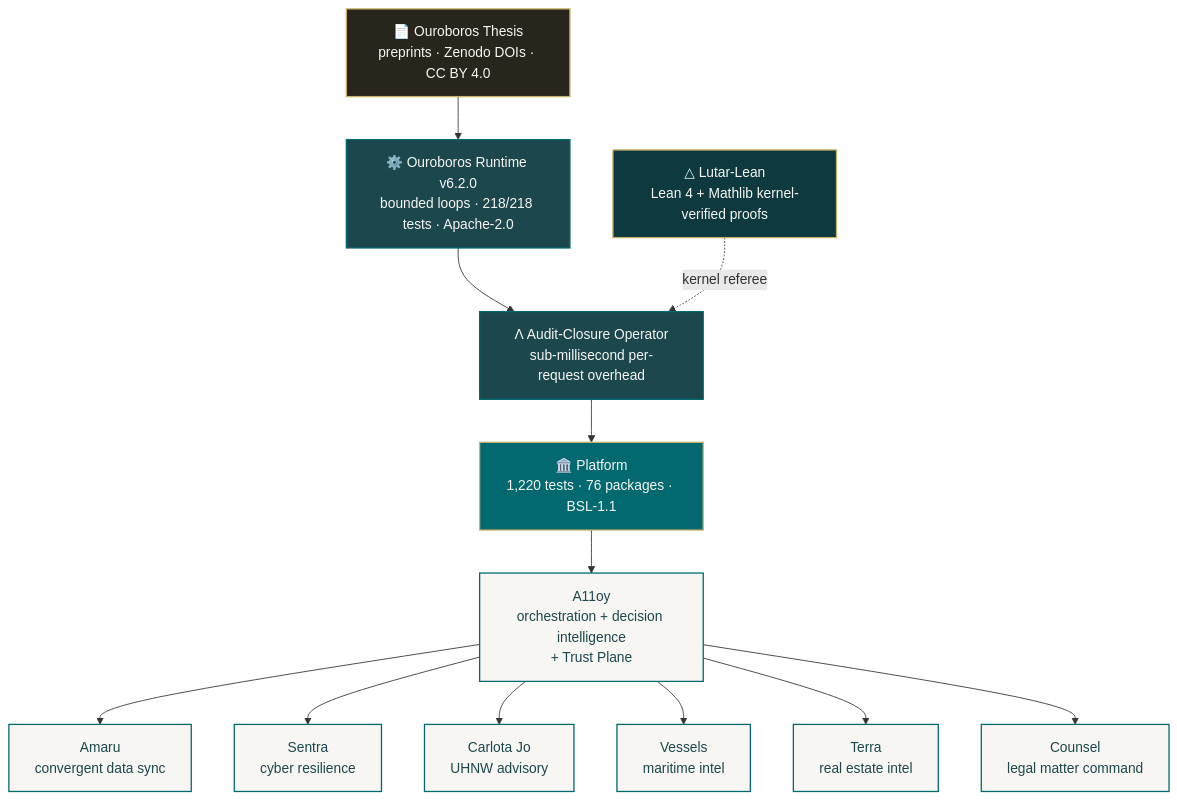
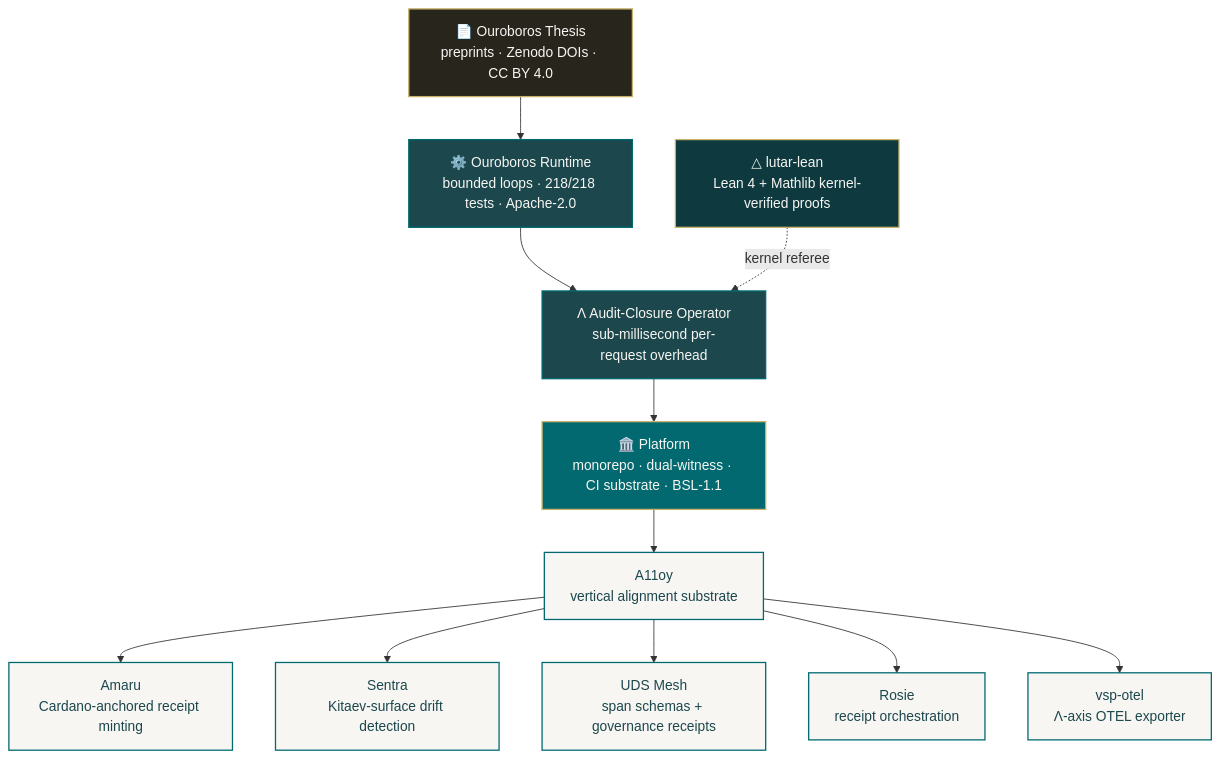
Before and after one commit to szl-holdings/.github: the diagram in profile/README.md, drawn with Mermaid. The commit also changed other lines of this file, not shown here.

Commit message:
docs(profile): Series-A org README enrichment — full substrate table, Doctrine v6, DOI history

````diff
--- a/profile/README.md
+++ b/profile/README.md
@@ -67,32 +67,30 @@
 ```mermaid
 flowchart TD
     classDef research fill:#28251D,stroke:#C8B26A,color:#F7F6F2,stroke-width:1.5px;
     classDef runtime  fill:#1B474D,stroke:#01696F,color:#F7F6F2,stroke-width:1.5px;
     classDef sdk      fill:#0E3A3F,stroke:#C8B26A,color:#F7F6F2,stroke-width:1.5px;
     classDef platform fill:#01696F,stroke:#C8B26A,color:#F7F6F2,stroke-width:1.5px;
     classDef surface  fill:#F7F6F2,stroke:#01696F,color:#1B474D,stroke-width:1.5px;
 
     T["📄 Ouroboros Thesis<br/>preprints · Zenodo DOIs · CC BY 4.0"]:::research
-    R["⚙️ Ouroboros Runtime v6.2.0<br/>bounded loops · 218/218 tests · Apache-2.0"]:::runtime
+    R["⚙️ Ouroboros Runtime<br/>bounded loops · 218/218 tests · Apache-2.0"]:::runtime
     L["Λ Audit-Closure Operator<br/>sub-millisecond per-request overhead"]:::runtime
-    K["△ Lutar-Lean<br/>Lean 4 + Mathlib kernel-verified proofs"]:::sdk
-    P["🏛️ Platform<br/>1,220 tests · 76 packages · BSL-1.1"]:::platform
+    K["△ lutar-lean<br/>Lean 4 + Mathlib kernel-verified proofs"]:::sdk
+    P["🏛️ Platform<br/>monorepo · dual-witness · CI substrate · BSL-1.1"]:::platform
 
-    A["A11oy<br/>orchestration + decision intelligence<br/>+ Trust Plane"]:::surface
-    AM["Amaru<br/>convergent data sync"]:::surface
-    S["Sentra<br/>cyber resilience"]:::surface
-    CJ["Carlota Jo<br/>UHNW advisory"]:::surface
-    V["Vessels<br/>maritime intel"]:::surface
-    TE["Terra<br/>real estate intel"]:::surface
-    C["Counsel<br/>legal matter command"]:::surface
+    A["A11oy<br/>vertical alignment substrate"]:::surface
+    AM["Amaru<br/>Cardano-anchored receipt minting"]:::surface
+    S["Sentra<br/>Kitaev-surface drift detection"]:::surface
+    U["UDS Mesh<br/>span schemas + governance receipts"]:::surface
+    RO["Rosie<br/>receipt orchestration"]:::surface
+    VO["vsp-otel<br/>Λ-axis OTEL exporter"]:::surface
 
     T --> R --> L --> P
     K -.kernel referee.-> L
     P --> A
     A --> AM
     A --> S
-    A --> CJ
-    A --> V
-    A --> TE
-    A --> C
+    A --> U
+    A --> RO
+    A --> VO
 ```
````
